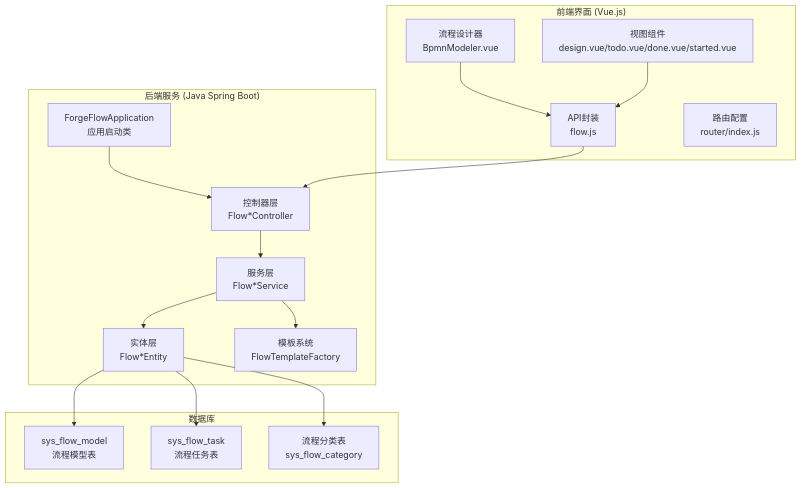
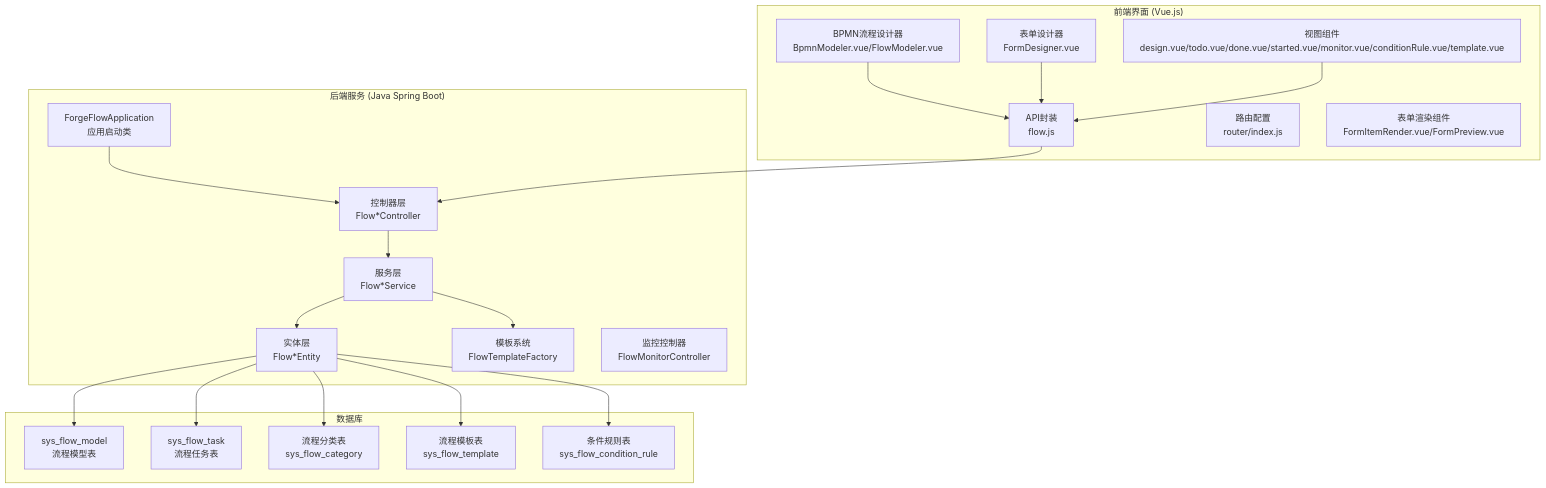
Before and after one commit to yaomindong1996/forge-admin: the first of 11 diagrams in .qoder/repowiki/zh/content/前端框架详解/前端工作流组件.md, drawn with Mermaid. The commit also changed other lines of this file and 95 other files, not shown here.

````diff
--- a/.qoder/repowiki/zh/content/前端框架详解/前端工作流组件.md
+++ b/.qoder/repowiki/zh/content/前端框架详解/前端工作流组件.md
@@ -47,31 +69,39 @@
 ```mermaid
 graph TB
 subgraph "后端服务 (Java Spring Boot)"
 A[ForgeFlowApplication<br/>应用启动类]
 B[控制器层<br/>Flow*Controller]
 C[服务层<br/>Flow*Service]
 D[实体层<br/>Flow*Entity]
 E[模板系统<br/>FlowTemplateFactory]
+F[监控控制器<br/>FlowMonitorController]
 end
 subgraph "前端界面 (Vue.js)"
-F[流程设计器<br/>BpmnModeler.vue]
-G[视图组件<br/>design.vue/todo.vue/done.vue/started.vue]
-H[API封装<br/>flow.js]
-I[路由配置<br/>router/index.js]
+G[BPMN流程设计器<br/>BpmnModeler.vue/FlowModeler.vue]
+H[表单设计器<br/>FormDesigner.vue]
+I[视图组件<br/>design.vue/todo.vue/done.vue/started.vue/monitor.vue/conditionRule.vue/template.vue]
+J[API封装<br/>flow.js]
+K[路由配置<br/>router/index.js]
+L[表单渲染组件<br/>FormItemRender.vue/FormPreview.vue]
 end
 subgraph "数据库"
-J[sys_flow_model<br/>流程模型表]
-K[sys_flow_task<br/>流程任务表]
-L[流程分类表<br/>sys_flow_category]
+M[sys_flow_model<br/>流程模型表]
+N[sys_flow_task<br/>流程任务表]
+O[流程分类表<br/>sys_flow_category]
+P[流程模板表<br/>sys_flow_template]
+Q[条件规则表<br/>sys_flow_condition_rule]
 end
 A --> B
 B --> C
 C --> D
 C --> E
-F --> H
-G --> H
-H --> B
-D --> J
-D --> K
-D --> L
+G --> J
+H --> J
+I --> J
+J --> B
+D --> M
+D --> N
+D --> O
+D --> P
+D --> Q
 ```
````
